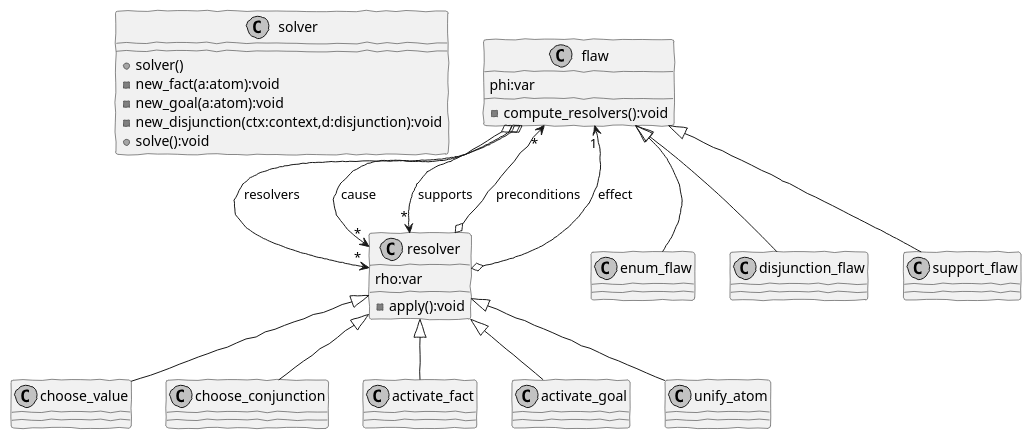
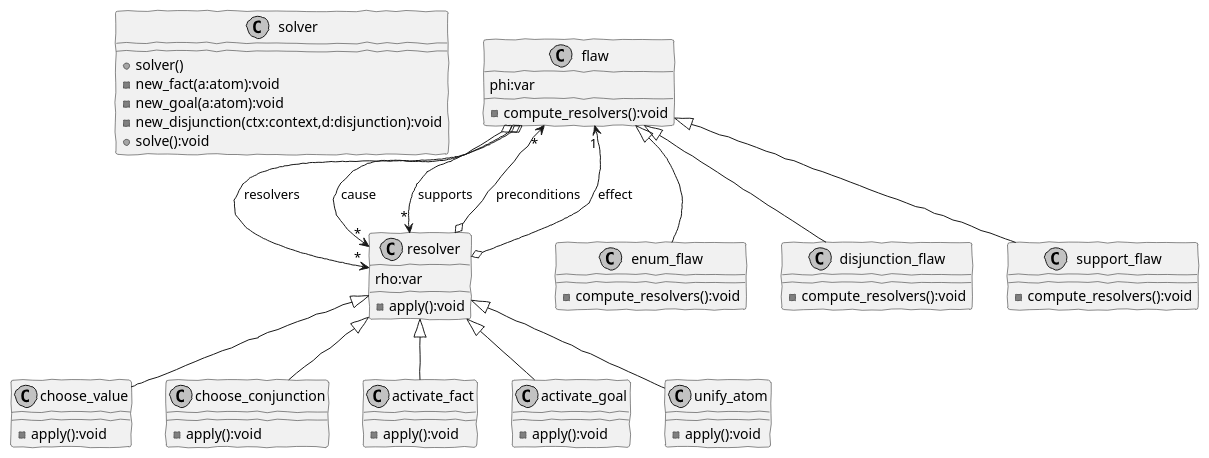
One commit to riccardodebenedictis/lucy changed the diagram in cg-lib/cg-lib.wsd. Above: the diagram before and after it, drawn with PlantUML. The commit also changed 29 other files, not shown here.

```diff
--- a/cg-lib/cg-lib.wsd
+++ b/cg-lib/cg-lib.wsd
@@ -1,48 +1,56 @@
 @startuml cg-lib
 skinparam monochrome true
 skinparam handwritten true
 
 class solver
 solver : +solver()
 solver : -new_fact(a:atom):void
 solver : -new_goal(a:atom):void
 solver : -new_disjunction(ctx:context,d:disjunction):void
 solver : +solve():void
 
 class flaw
 flaw : phi:var
 flaw : -compute_resolvers():void
 flaw o--> "*" resolver : resolvers
 flaw o--> "*" resolver : cause
 flaw o--> "*" resolver : supports
 
 class resolver
 resolver : rho:var
 resolver : -apply():void
 resolver o--> "*" flaw : preconditions
 resolver o--> "1" flaw : effect
 
 class enum_flaw
 flaw <|-- enum_flaw
+enum_flaw : -compute_resolvers():void
 
 class choose_value
 resolver <|-- choose_value
+choose_value : -apply():void
 
 class disjunction_flaw
 flaw <|-- disjunction_flaw
+disjunction_flaw : -compute_resolvers():void
 
 class choose_conjunction
 resolver <|-- choose_conjunction
+choose_conjunction : -apply():void
 
 class support_flaw
 flaw <|-- support_flaw
+support_flaw : -compute_resolvers():void
 
 class activate_fact
 resolver <|-- activate_fact
+activate_fact : -apply():void
 
 class activate_goal
 resolver <|-- activate_goal
+activate_goal : -apply():void
 
 class unify_atom
 resolver <|-- unify_atom
+unify_atom : -apply():void
 @enduml
```
